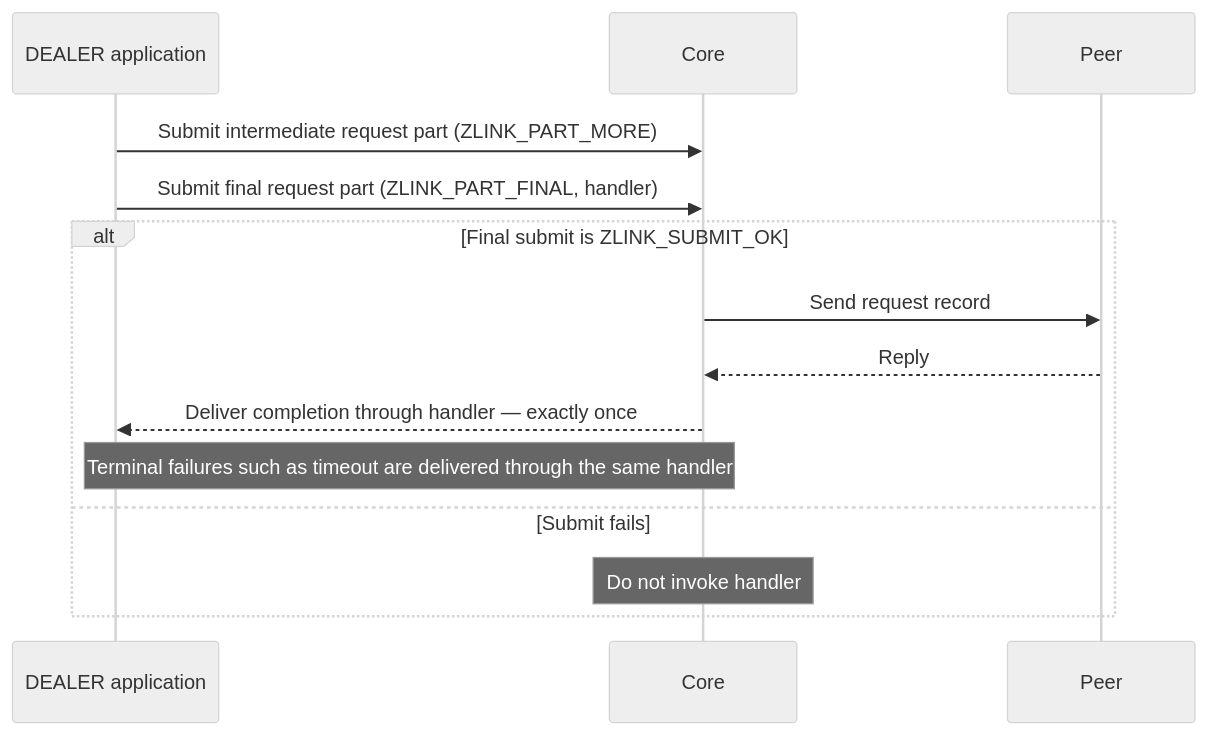
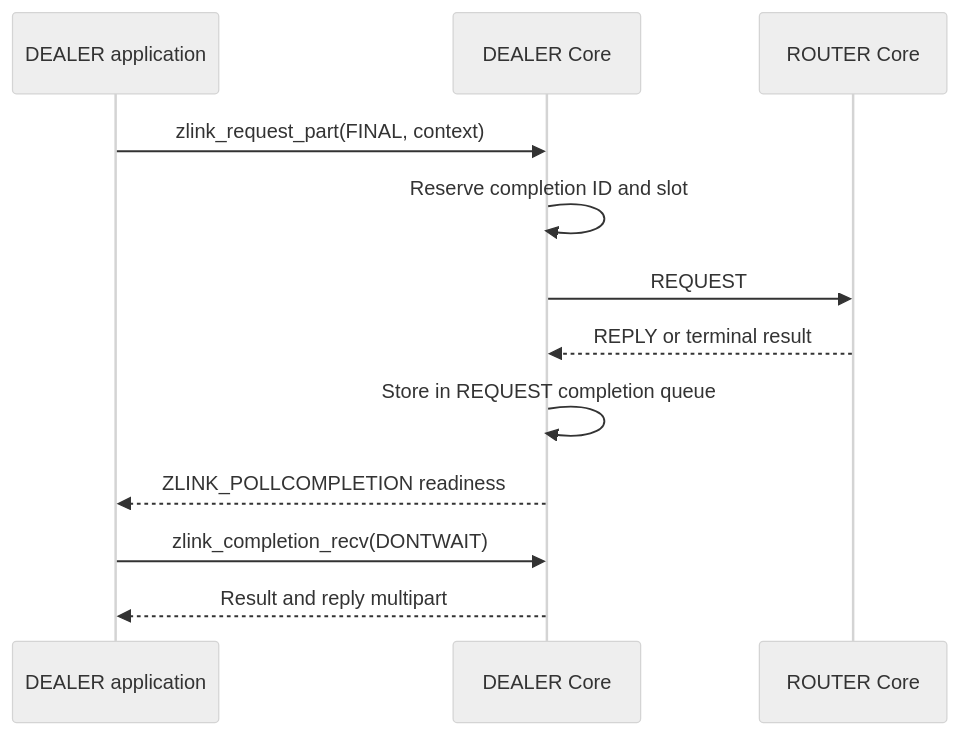
Before and after one commit to zlink-systems/zlink: the diagram in core/doc/spec/core/socket/06-dealer.en.md, drawn with Mermaid (neutral theme). The commit also changed other lines of this file and 49 other files, not shown here.

````diff
--- a/core/doc/spec/core/socket/06-dealer.en.md
+++ b/core/doc/spec/core/socket/06-dealer.en.md
@@ -66,16 +46,14 @@
 ```mermaid
 sequenceDiagram
     participant App as DEALER application
-    participant Core as Core
-    participant Peer as Peer
-    App->>Core: Submit intermediate request part (ZLINK_PART_MORE)
-    App->>Core: Submit final request part (ZLINK_PART_FINAL, handler)
-    alt Final submit is ZLINK_SUBMIT_OK
-        Core->>Peer: Send request record
-        Peer-->>Core: Reply
-        Core-->>App: Deliver completion through handler — exactly once
-        Note over Core,App: Terminal failures such as timeout are delivered through the same handler
-    else Submit fails
-        Note over Core: Do not invoke handler
-    end
+    participant D as DEALER Core
+    participant R as ROUTER Core
+    App->>D: zlink_request_part(FINAL, context)
+    D->>D: Reserve completion ID and slot
+    D->>R: REQUEST
+    R-->>D: REPLY or terminal result
+    D->>D: Store in REQUEST completion queue
+    D-->>App: ZLINK_POLLCOMPLETION readiness
+    App->>D: zlink_completion_recv(DONTWAIT)
+    D-->>App: Result and reply multipart
 ```
````
